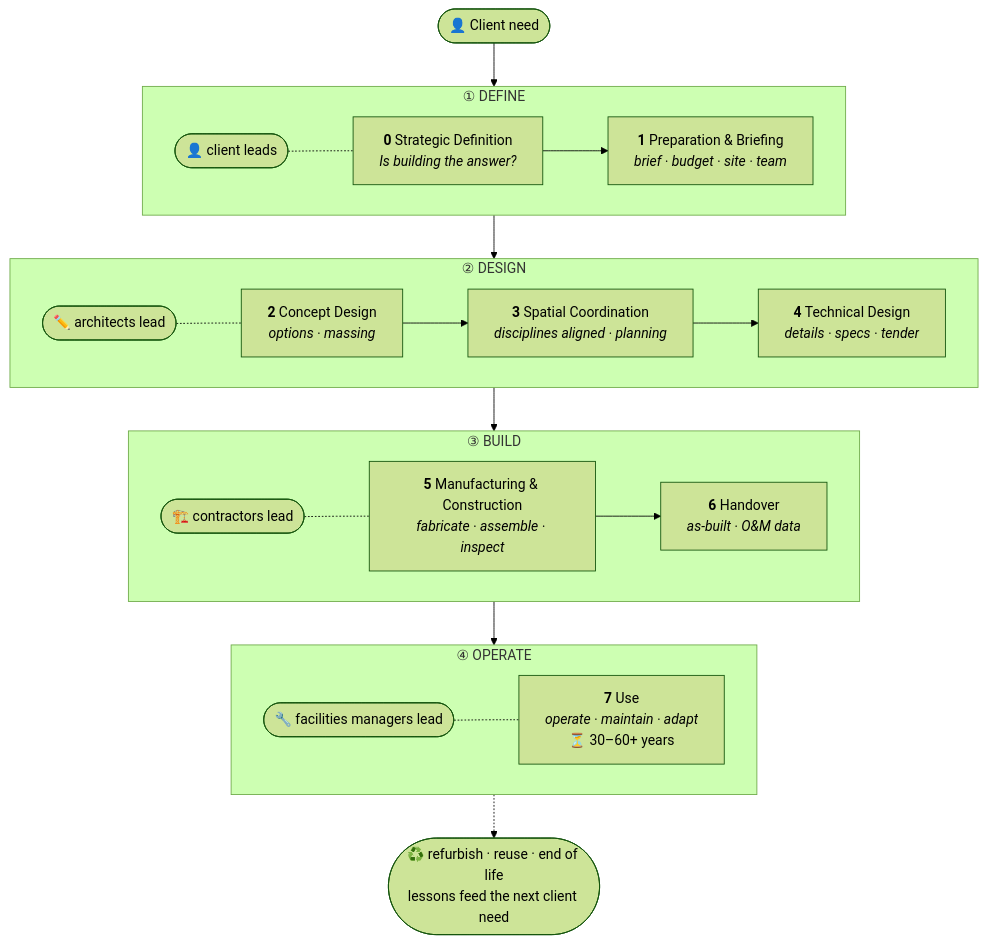
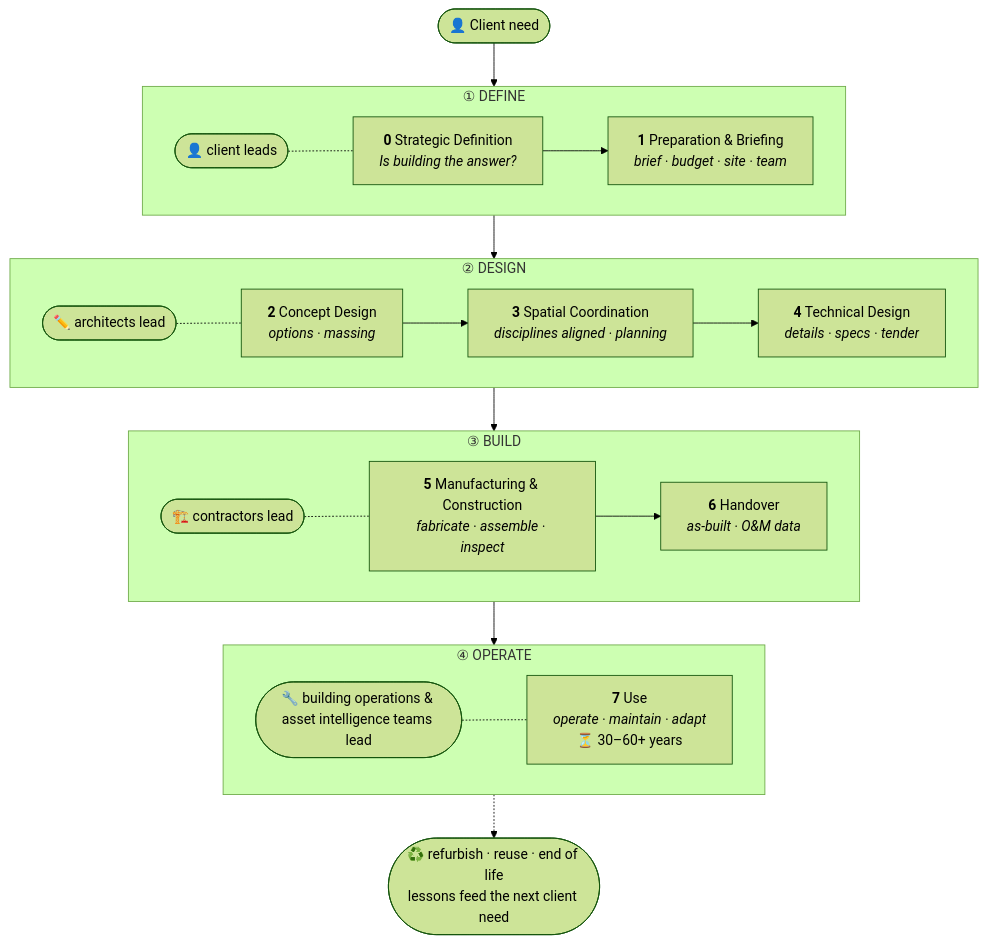
Before and after one commit to natnew/Awesome-AI-for-AEC-Delivery: the second of 3 diagrams in README.md, drawn with Mermaid (forest theme). The commit also changed other lines of this file, not shown here.

First line of the commit message:
Rename facilities management to Building Operations & Asset Intelligence

````diff
--- a/README.md
+++ b/README.md
@@ -81,22 +81,22 @@
 ```mermaid
 flowchart TB
     C(["👤 Client need"])
     subgraph DEFINE["① DEFINE"]
         direction LR
         L0(["👤 client leads"]) -.- S0["<b>0</b> Strategic Definition<br/><i>Is building the answer?</i>"] --> S1["<b>1</b> Preparation & Briefing<br/><i>brief · budget · site · team</i>"]
     end
     subgraph DESIGN["② DESIGN"]
         direction LR
         L2(["✏️ architects lead"]) -.- S2["<b>2</b> Concept Design<br/><i>options · massing</i>"] --> S3["<b>3</b> Spatial Coordination<br/><i>disciplines aligned · planning</i>"] --> S4["<b>4</b> Technical Design<br/><i>details · specs · tender</i>"]
     end
     subgraph BUILD["③ BUILD"]
         direction LR
         L5(["🏗️ contractors lead"]) -.- S5["<b>5</b> Manufacturing & Construction<br/><i>fabricate · assemble · inspect</i>"] --> S6["<b>6</b> Handover<br/><i>as-built · O&M data</i>"]
     end
     subgraph OPERATE["④ OPERATE"]
         direction LR
-        L7(["🔧 facilities managers lead"]) -.- S7["<b>7</b> Use<br/><i>operate · maintain · adapt</i><br/>⏳ 30–60+ years"]
+        L7(["🔧 building operations & asset intelligence teams lead"]) -.- S7["<b>7</b> Use<br/><i>operate · maintain · adapt</i><br/>⏳ 30–60+ years"]
     end
     N(["♻️ refurbish · reuse · end of life<br/>lessons feed the next client need"])
     C --> DEFINE --> DESIGN --> BUILD --> OPERATE -.-> N
 ```
````
